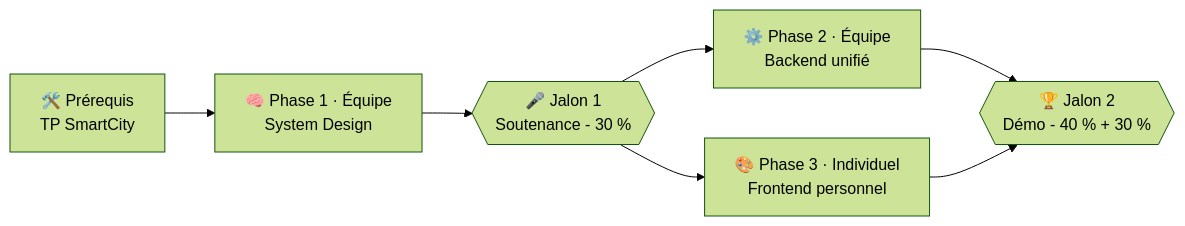
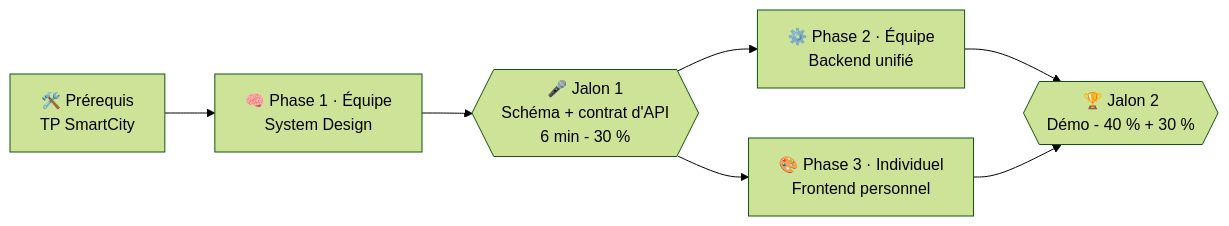
The diagram in docs/portfolio/index.md (nosql-esigelec/course), drawn with Mermaid (forest theme) before and after one commit. The commit also changed other lines of this file and 2 other files, not shown here.

Commit message:
docs(portfolio): Jalon 1 recentré sur schéma d'architecture + contrat d'API minimal, soutenance 6 min max

````diff
--- a/docs/portfolio/index.md
+++ b/docs/portfolio/index.md
@@ -16,9 +16,9 @@
 ```mermaid
 flowchart LR
     P0["🛠️ Prérequis<br/>TP SmartCity"] --> P1["🧠 Phase 1 · Équipe<br/>System Design"]
-    P1 --> J1{{"🎤 Jalon 1<br/>Soutenance - 30 %"}}
+    P1 --> J1{{"🎤 Jalon 1<br/>Schéma + contrat d'API<br/>6 min - 30 %"}}
     J1 --> P2["⚙️ Phase 2 · Équipe<br/>Backend unifié"]
     J1 --> P3["🎨 Phase 3 · Individuel<br/>Frontend personnel"]
     P2 --> J2{{"🏆 Jalon 2<br/>Démo - 40 % + 30 %"}}
     P3 --> J2
 ```
````
